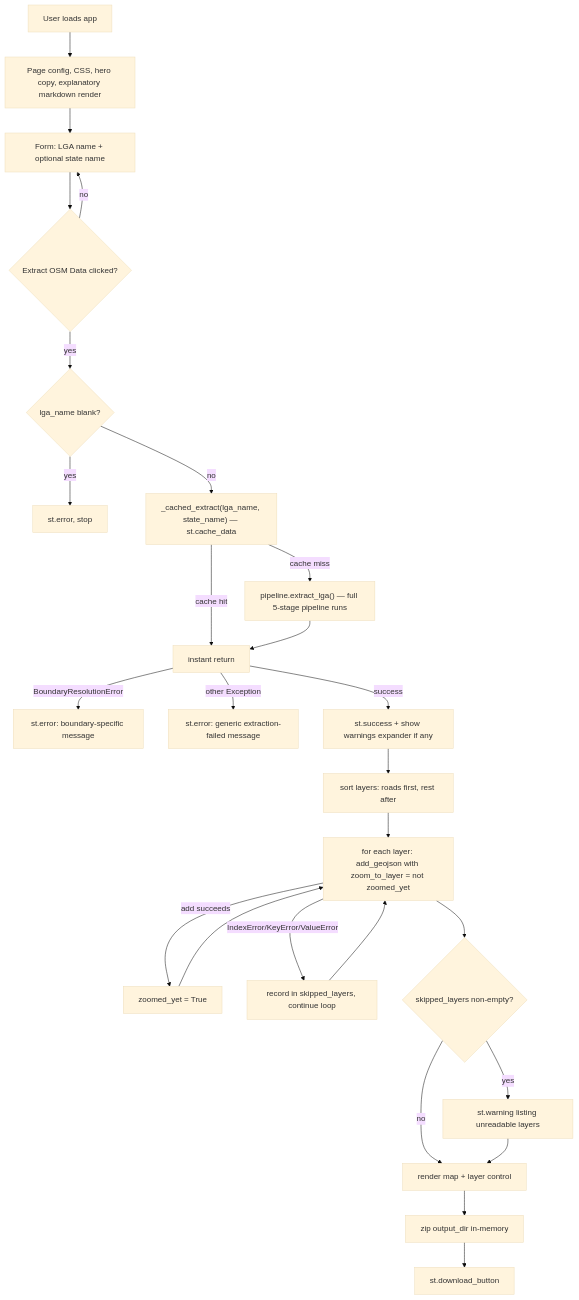
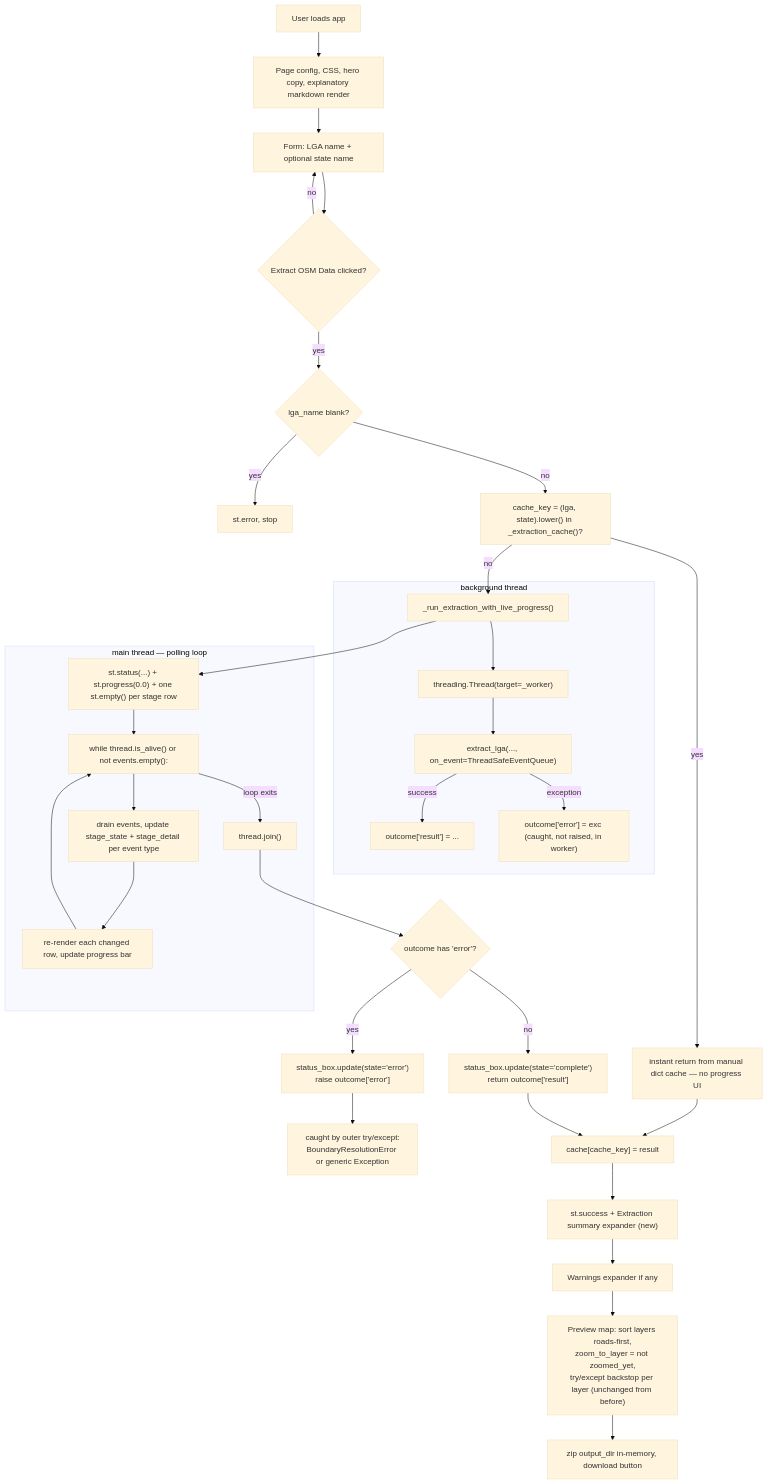
Before and after one commit to Mapkathon2026-UseOSM/UseOSM_Mapkathon-Submission-documentation: the diagram in docs/lga-osm-extractor/app.md, drawn with Mermaid (base theme). The commit also changed other lines of this file and 19 other files, not shown here.

````diff
--- a/docs/lga-osm-extractor/app.md
+++ b/docs/lga-osm-extractor/app.md
@@ -105,28 +155,39 @@
 ```mermaid
 flowchart TD
     A["User loads app"] --> B["Page config, CSS, hero copy, explanatory markdown render"]
     B --> C["Form: LGA name + optional state name"]
     C --> D{Extract OSM Data clicked?}
     D -- no --> C
     D -- yes --> E{lga_name blank?}
     E -- yes --> F["st.error, stop"]
-    E -- no --> G["_cached_extract(lga_name, state_name) — st.cache_data"]
-    G -- cache hit --> H["instant return"]
-    G -- cache miss --> I["pipeline.extract_lga() — full 5-stage pipeline runs"]
-    I --> H
-    H -- BoundaryResolutionError --> J["st.error: boundary-specific message"]
-    H -- other Exception --> K["st.error: generic extraction-failed message"]
-    H -- success --> L["st.success + show warnings expander if any"]
-    L --> M["sort layers: roads first, rest after"]
-    M --> N["for each layer: add_geojson with zoom_to_layer = not zoomed_yet"]
-    N -- add succeeds --> O["zoomed_yet = True"]
-    N -- IndexError/KeyError/ValueError --> P["record in skipped_layers, continue loop"]
-    O --> N
-    P --> N
-    N --> Q{skipped_layers non-empty?}
-    Q -- yes --> R["st.warning listing unreadable layers"]
-    Q -- no --> S
-    R --> S["render map + layer control"]
-    S --> T["zip output_dir in-memory"]
-    T --> U["st.download_button"]
+    E -- no --> G["cache_key = (lga, state).lower() in _extraction_cache()?"]
+    G -- yes --> H["instant return from manual dict cache — no progress UI"]
+    G -- no --> I["_run_extraction_with_live_progress()"]
+
+    subgraph Thread ["background thread"]
+        I --> J["threading.Thread(target=_worker)"]
+        J --> K["extract_lga(..., on_event=ThreadSafeEventQueue)"]
+        K -- success --> L["outcome['result'] = ..."]
+        K -- exception --> M["outcome['error'] = exc (caught, not raised, in worker)"]
+    end
+
+    subgraph MainThread ["main thread — polling loop"]
+        I --> N["st.status(...) + st.progress(0.0) + one st.empty() per stage row"]
+        N --> O["while thread.is_alive() or not events.empty():"]
+        O --> P["drain events, update stage_state + stage_detail per event type"]
+        P --> Q["re-render each changed row, update progress bar"]
+        Q --> O
+        O -- loop exits --> R["thread.join()"]
+    end
+
+    R --> S{outcome has 'error'?}
+    S -- yes --> T["status_box.update(state='error')<br/>raise outcome['error']"]
+    S -- no --> U["status_box.update(state='complete')<br/>return outcome['result']"]
+    T --> V["caught by outer try/except:<br/>BoundaryResolutionError or generic Exception"]
+    H --> W
+    U --> W["cache[cache_key] = result"]
+    W --> X["st.success + Extraction summary expander (new)"]
+    X --> Y["Warnings expander if any"]
+    Y --> Z["Preview map: sort layers roads-first,<br/>zoom_to_layer = not zoomed_yet,<br/>try/except backstop per layer (unchanged from before)"]
+    Z --> AA["zip output_dir in-memory, download button"]
 ```
````
